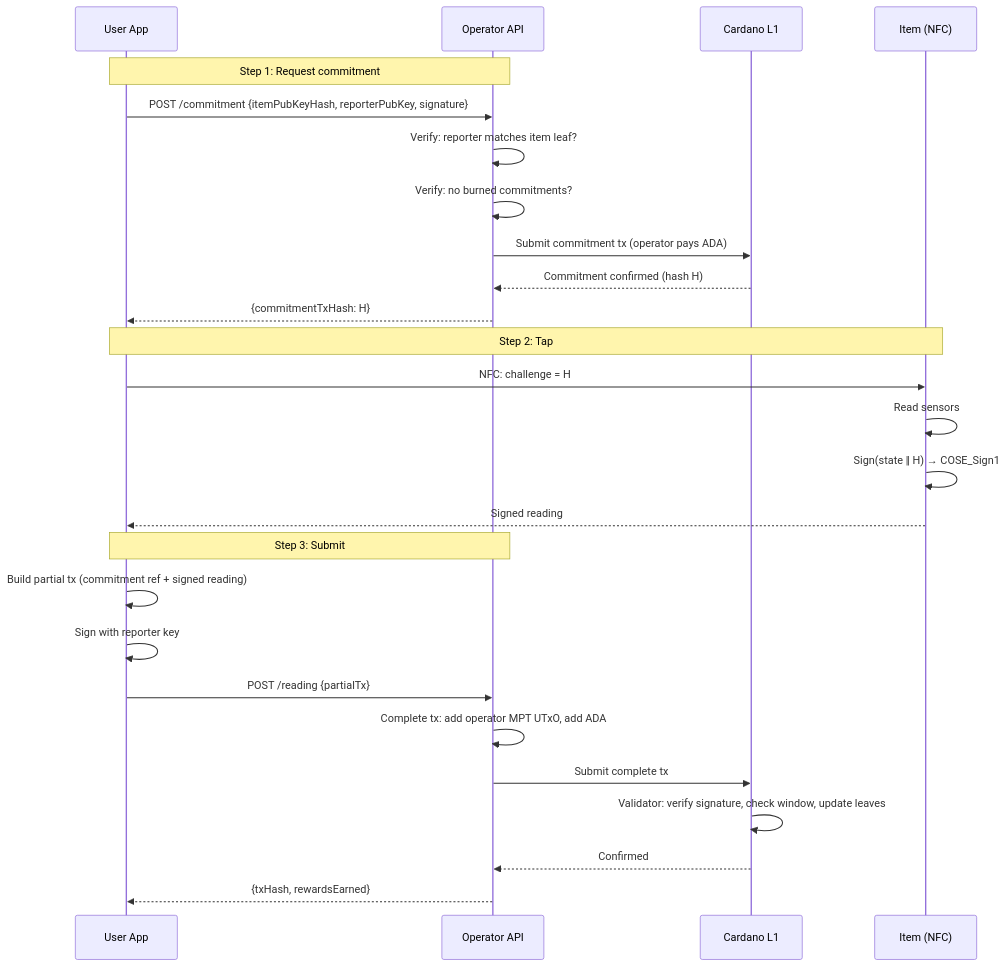
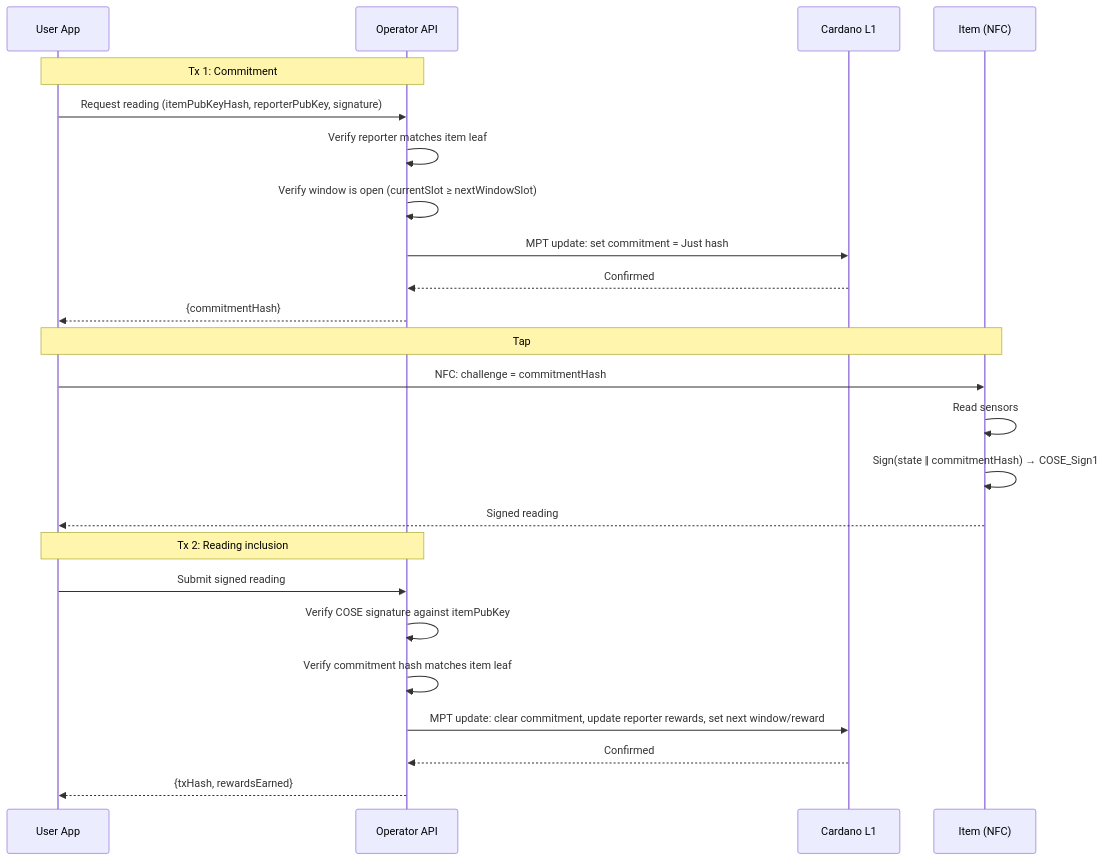
The second of 3 diagrams in docs/cardano/signed-readings.md (lambdasistemi/eu-digital-product-passport), drawn with Mermaid before and after one commit. The commit also changed other lines of this file, not shown here.

Commit message:
feat: simplified protocol — commitment in leaf, two txs, no locked ADA, adversarial deferred

````diff
--- a/docs/cardano/signed-readings.md
+++ b/docs/cardano/signed-readings.md
@@ -142,31 +148,29 @@
 ```mermaid
 sequenceDiagram
     participant U as User App
     participant O as Operator API
     participant C as Cardano L1
     participant I as Item (NFC)
 
-    Note over U,O: Step 1: Request commitment
-    U->>O: POST /commitment {itemPubKeyHash, reporterPubKey, signature}
-    O->>O: Verify: reporter matches item leaf?
-    O->>O: Verify: no burned commitments?
-    O->>C: Submit commitment tx (operator pays ADA)
-    C-->>O: Commitment confirmed (hash H)
-    O-->>U: {commitmentTxHash: H}
+    Note over U,O: Tx 1: Commitment
+    U->>O: Request reading (itemPubKeyHash, reporterPubKey, signature)
+    O->>O: Verify reporter matches item leaf
+    O->>O: Verify window is open (currentSlot ≥ nextWindowSlot)
+    O->>C: MPT update: set commitment = Just hash
+    C-->>O: Confirmed
+    O-->>U: {commitmentHash}
 
-    Note over U,I: Step 2: Tap
-    U->>I: NFC: challenge = H
+    Note over U,I: Tap
+    U->>I: NFC: challenge = commitmentHash
     I->>I: Read sensors
-    I->>I: Sign(state ‖ H) → COSE_Sign1
+    I->>I: Sign(state ‖ commitmentHash) → COSE_Sign1
     I-->>U: Signed reading
 
-    Note over U,O: Step 3: Submit
-    U->>U: Build partial tx (commitment ref + signed reading)
-    U->>U: Sign with reporter key
-    U->>O: POST /reading {partialTx}
-    O->>O: Complete tx: add operator MPT UTxO, add ADA
-    O->>C: Submit complete tx
-    C->>C: Validator: verify signature, check window, update leaves
+    Note over U,O: Tx 2: Reading inclusion
+    U->>O: Submit signed reading
+    O->>O: Verify COSE signature against itemPubKey
+    O->>O: Verify commitment hash matches item leaf
+    O->>C: MPT update: clear commitment, update reporter rewards, set next window/reward
     C-->>O: Confirmed
     O-->>U: {txHash, rewardsEarned}
 ```
````
